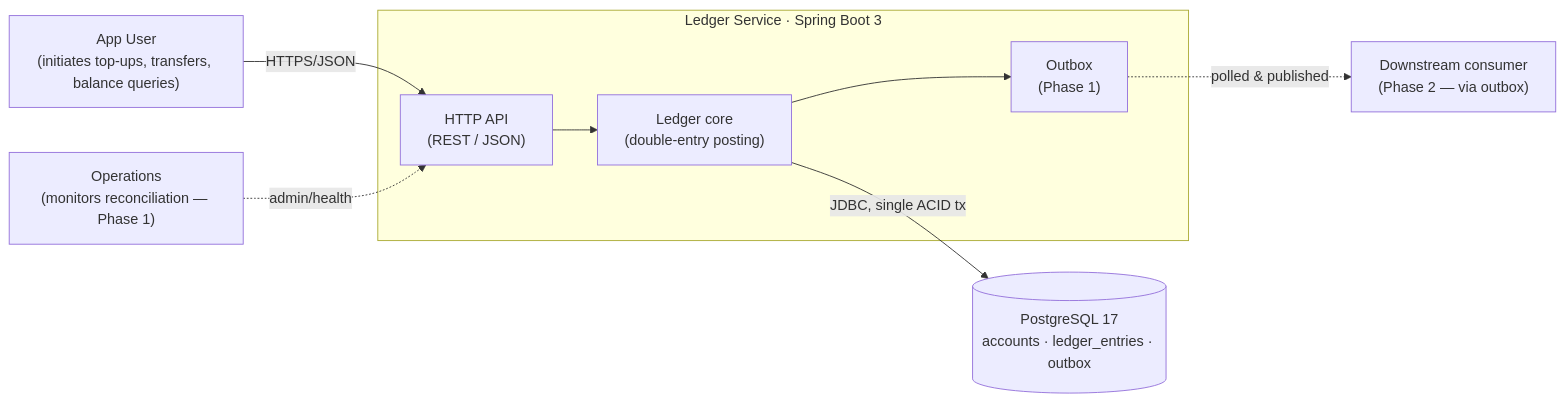
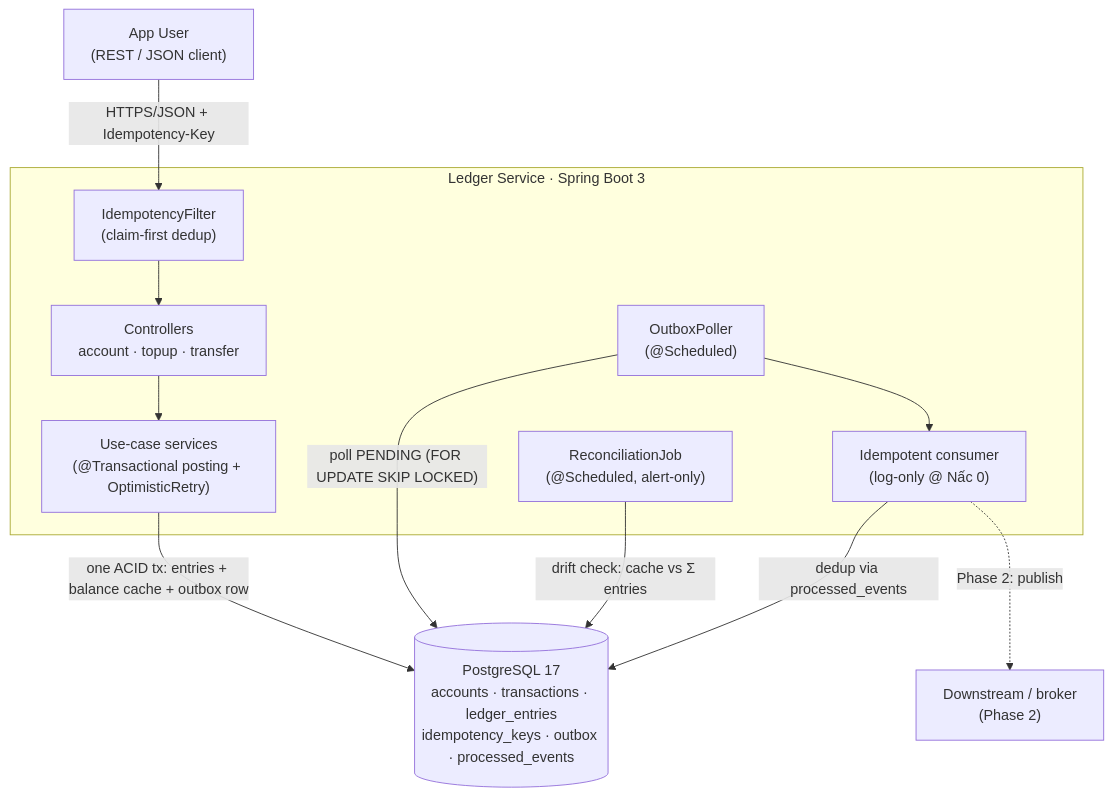
The diagram in ARCHITECTURE.md (xidoke/ledger-service), drawn with Mermaid before and after one commit. The commit also changed other lines of this file and 7 other files, not shown here.

First line of the commit message:
docs(common): Phase-1 architecture diagram + subsystem deep dives (#66)

````diff
--- a/ARCHITECTURE.md
+++ b/ARCHITECTURE.md
@@ -39,21 +39,25 @@
 ```mermaid
-flowchart LR
-    user["App User<br/>(initiates top-ups, transfers, balance queries)"]
-    ops["Operations<br/>(monitors reconciliation — Phase 1)"]
+flowchart TB
+    user["App User<br/>(REST / JSON client)"]
 
     subgraph svc["Ledger Service · Spring Boot 3"]
-        api["HTTP API<br/>(REST / JSON)"]
-        domain["Ledger core<br/>(double-entry posting)"]
-        outbox["Outbox<br/>(Phase 1)"]
+        filter["IdempotencyFilter<br/>(claim-first dedup)"]
+        api["Controllers<br/>account · topup · transfer"]
+        uc["Use-case services<br/>(@Transactional posting + OptimisticRetry)"]
+        poller["OutboxPoller<br/>(@Scheduled)"]
+        consumer["Idempotent consumer<br/>(log-only @ Nấc 0)"]
+        recon["ReconciliationJob<br/>(@Scheduled, alert-only)"]
     end
 
-    db[("PostgreSQL 17<br/>accounts · ledger_entries · outbox")]
-    consumer["Downstream consumer<br/>(Phase 2 — via outbox)"]
+    db[("PostgreSQL 17<br/>accounts · transactions · ledger_entries<br/>idempotency_keys · outbox · processed_events")]
+    broker["Downstream / broker<br/>(Phase 2)"]
 
-    user -->|HTTPS/JSON| api
-    ops -.->|admin/health| api
-    api --> domain
-    domain -->|JDBC, single ACID tx| db
-    domain --> outbox
-    outbox -.->|polled & published| consumer
+    user -->|"HTTPS/JSON + Idempotency-Key"| filter
+    filter --> api --> uc
+    uc -->|"one ACID tx: entries + balance cache + outbox row"| db
+    poller -->|"poll PENDING (FOR UPDATE SKIP LOCKED)"| db
+    poller --> consumer
+    consumer -->|"dedup via processed_events"| db
+    consumer -.->|"Phase 2: publish"| broker
+    recon -->|"drift check: cache vs Σ entries"| db
 ```
````
